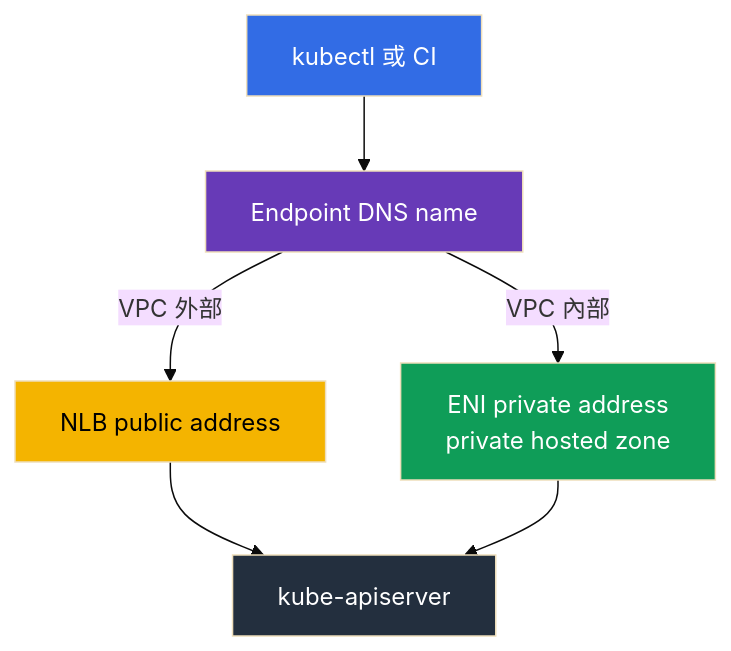
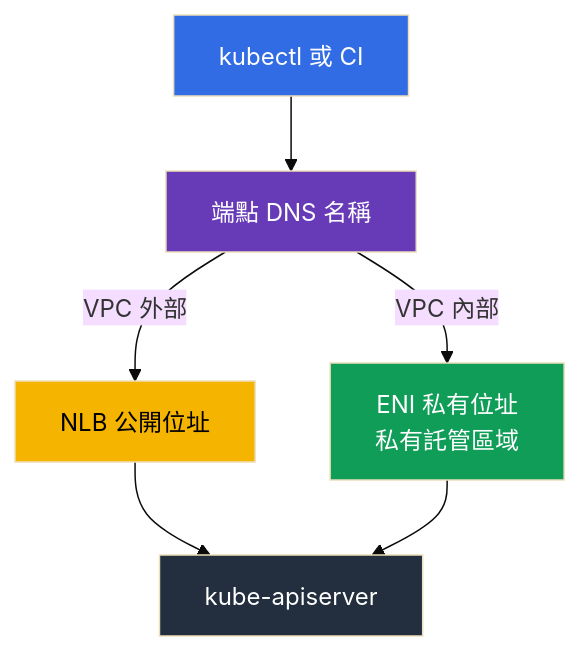
One commit to ViktorUJ/cks changed the second of 3 diagrams in tasks/eks/course/02/tw.md. Above: the diagram before and after it, drawn with Mermaid (base theme). The commit also changed other lines of this file and 534 other files, not shown here.

````diff
--- a/tasks/eks/course/02/tw.md
+++ b/tasks/eks/course/02/tw.md
@@ -86,18 +86,18 @@
 ```mermaid
 flowchart TB
     client["kubectl 或 CI"]
-    dns["Endpoint DNS name"]
-    pub["NLB public address"]
-    priv["ENI private address<br/>private hosted zone"]
+    dns["端點 DNS 名稱"]
+    pub["NLB 公開位址"]
+    priv["ENI 私有位址<br/>私有託管區域"]
     api["kube-apiserver"]
     client --> dns
     dns -->|"VPC 外部"| pub
     dns -->|"VPC 內部"| priv
     pub --> api
     priv --> api
     style client fill:#326ce5,color:#fff
     style dns fill:#673ab7,color:#fff
     style pub fill:#f4b400,color:#000
     style priv fill:#0f9d58,color:#fff
     style api fill:#232f3e,color:#fff
 ```
````
